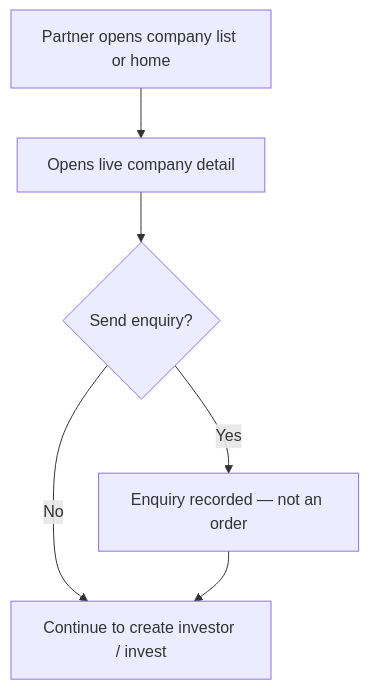
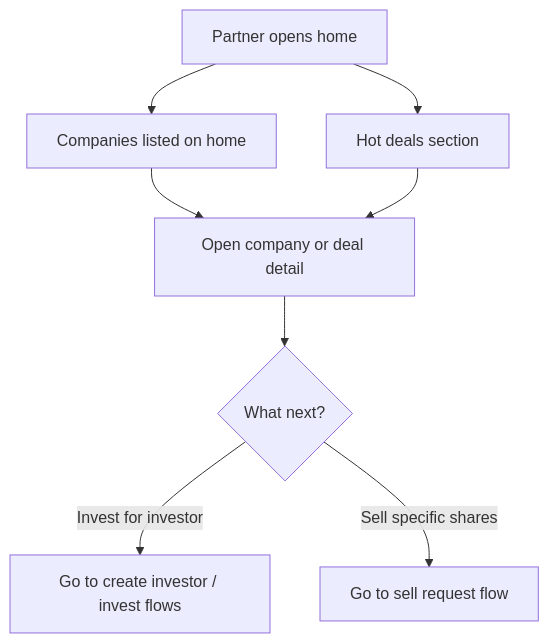
Before and after one commit to kavadevelopers/PrivateDealsBackend: the diagram in docs/workflows/flows/partner-discovers-company.md, drawn with Mermaid. The commit also changed other lines of this file and 16 other files, not shown here.

````diff
--- a/docs/workflows/flows/partner-discovers-company.md
+++ b/docs/workflows/flows/partner-discovers-company.md
@@ -15,8 +15,10 @@
 ```mermaid
 flowchart TD
-  Browse[Partner opens company list or home] --> Detail[Opens live company detail]
-  Detail --> Optional{Send enquiry?}
-  Optional -->|Yes| Enquiry[Enquiry recorded — not an order]
-  Optional -->|No| Continue[Continue to create investor / invest]
-  Enquiry --> Continue
+  Home[Partner opens home] --> Listed[Companies listed on home]
+  Home --> Hot[Hot deals section]
+  Listed --> Detail[Open company or deal detail]
+  Hot --> Detail
+  Detail --> Next{What next?}
+  Next -->|Invest for investor| Invest[Go to create investor / invest flows]
+  Next -->|Sell specific shares| Sell[Go to sell request flow]
 ```
````
